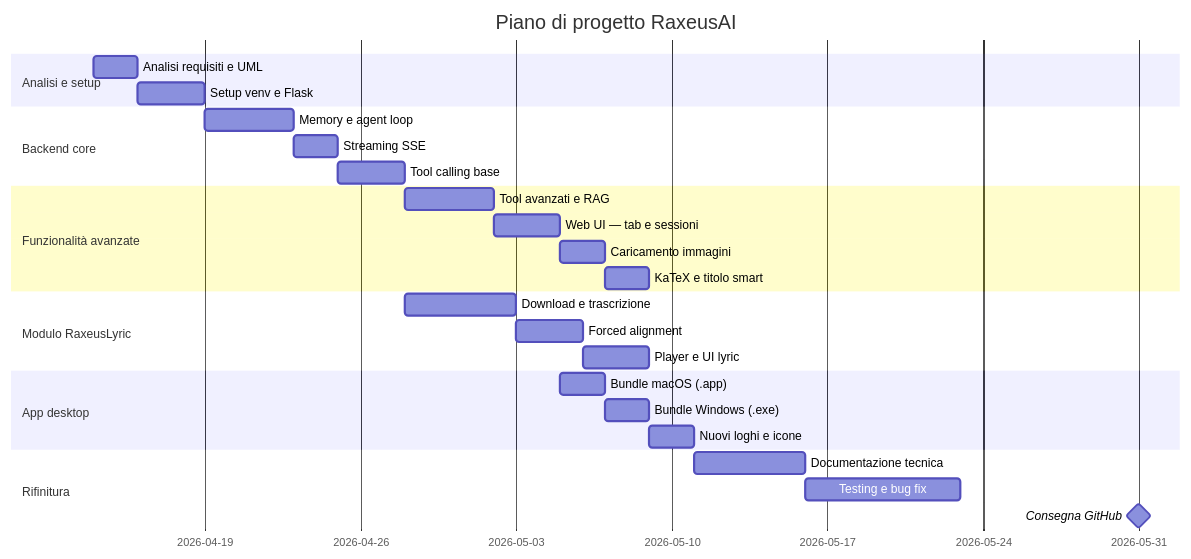
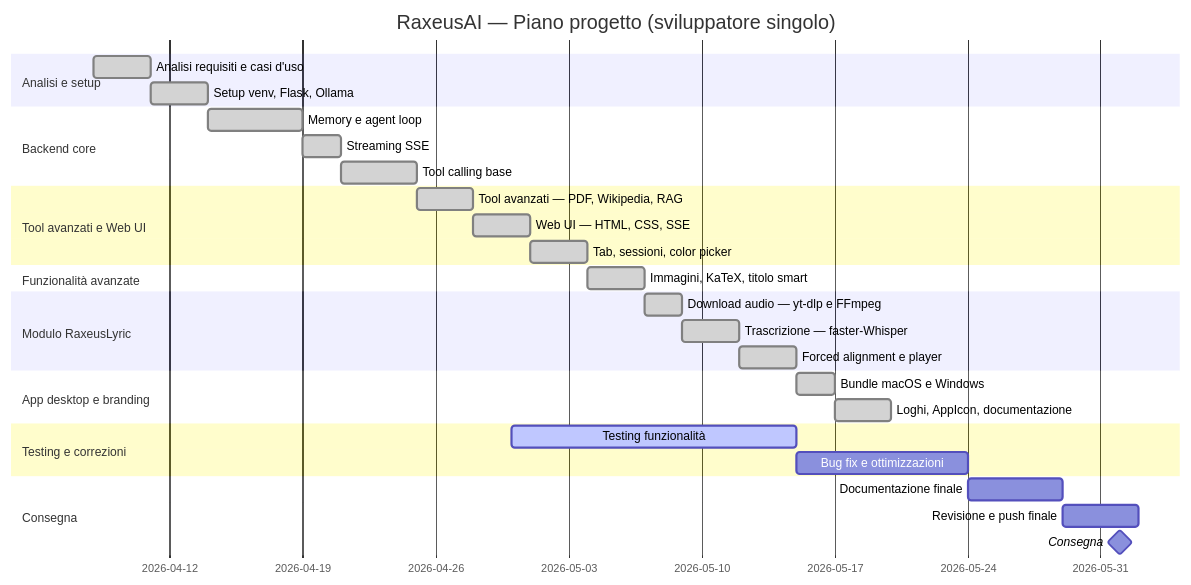
The third of 3 diagrams in REQUISITI_PROGETTO.md (AlbertoBruscoliniMain/RaxeusAI), drawn with Mermaid before and after one commit. The commit also changed other lines of this file, not shown here.

Commit message:
Requisiti: piano progetto ridisegnato — sviluppatore singolo, 8 apr → 1 giu

````diff
--- a/REQUISITI_PROGETTO.md
+++ b/REQUISITI_PROGETTO.md
@@ -303,35 +312,40 @@
 ```mermaid
 gantt
     dateFormat  YYYY-MM-DD
-    title       Piano di progetto RaxeusAI
+    title       RaxeusAI — Piano progetto (sviluppatore singolo)
 
     section Analisi e setup
-    Analisi requisiti e UML   :a1, 2026-04-14, 2d
-    Setup venv e Flask        :a2, after a1,   3d
+    Analisi requisiti e casi d'uso      :done,   a1, 2026-04-08, 3d
+    Setup venv, Flask, Ollama           :done,   a2, after a1,   3d
 
     section Backend core
-    Memory e agent loop       :b1, after a2,   4d
-    Streaming SSE             :b2, after b1,   2d
-    Tool calling base         :b3, after b2,   3d
+    Memory e agent loop                 :done,   b1, after a2,   5d
+    Streaming SSE                       :done,   b2, after b1,   2d
+    Tool calling base                   :done,   b3, after b2,   4d
+
+    section Tool avanzati e Web UI
+    Tool avanzati — PDF, Wikipedia, RAG :done,   c1, after b3,   3d
+    Web UI — HTML, CSS, SSE             :done,   c2, after c1,   3d
+    Tab, sessioni, color picker         :done,   c3, after c2,   3d
 
     section Funzionalità avanzate
-    Tool avanzati e RAG       :c1, after b3,   4d
-    Web UI — tab e sessioni   :c2, after c1,   3d
-    Caricamento immagini      :c3, after c2,   2d
-    KaTeX e titolo smart      :c4, after c3,   2d
+    Immagini, KaTeX, titolo smart       :done,   d1, after c3,   3d
 
     section Modulo RaxeusLyric
-    Download e trascrizione   :d1, after b3,   5d
-    Forced alignment          :d2, after d1,   3d
-    Player e UI lyric         :d3, after d2,   3d
+    Download audio — yt-dlp e FFmpeg    :done,   e1, after d1,   2d
+    Trascrizione — faster-Whisper       :done,   e2, after e1,   3d
+    Forced alignment e player           :done,   e3, after e2,   3d
 
-    section App desktop
-    Bundle macOS (.app)       :e1, after c2,   2d
-    Bundle Windows (.exe)     :e2, after e1,   2d
-    Nuovi loghi e icone       :e3, after e2,   2d
+    section App desktop e branding
+    Bundle macOS e Windows              :done,   f1, after e3,   2d
+    Loghi, AppIcon, documentazione      :done,   f2, after f1,   3d
 
-    section Rifinitura
-    Documentazione tecnica    :f1, after e3,   5d
-    Testing e bug fix         :f2, after f1,   7d
-    Consegna GitHub           :milestone, 2026-05-31, 0d
+    section Testing e correzioni
+    Testing funzionalità                :active, g1, 2026-04-30, 15d
+    Bug fix e ottimizzazioni            :        g2, after g1,   9d
+
+    section Consegna
+    Documentazione finale               :        h1, after g2,   5d
+    Revisione e push finale             :        h2, after h1,   4d
+    Consegna                            :milestone, 2026-06-01, 0d
 ```
````
